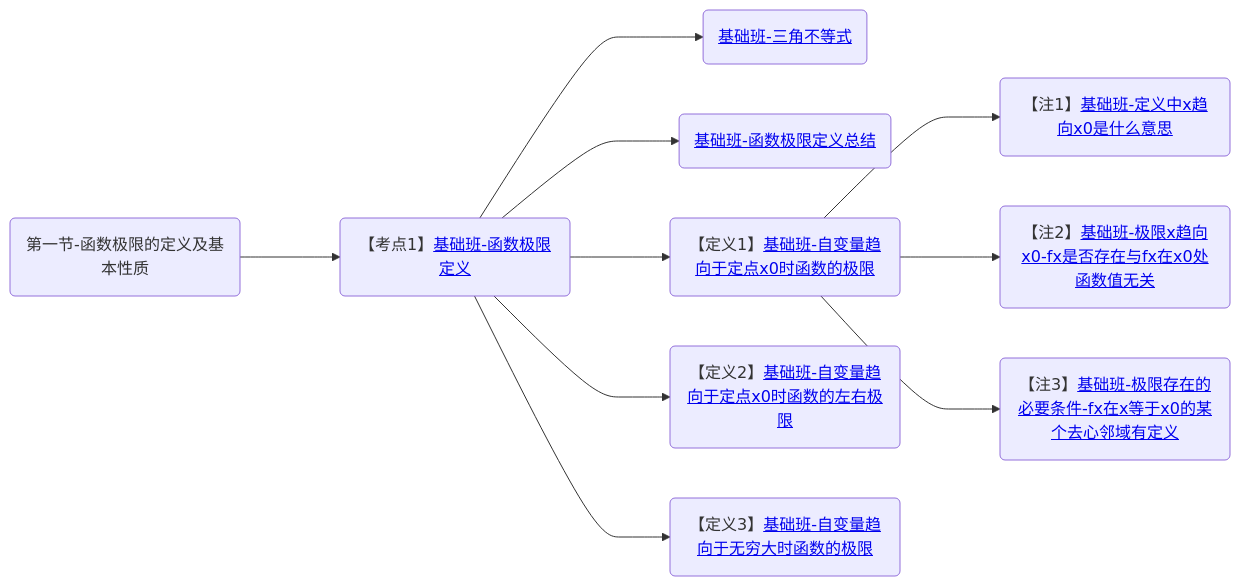
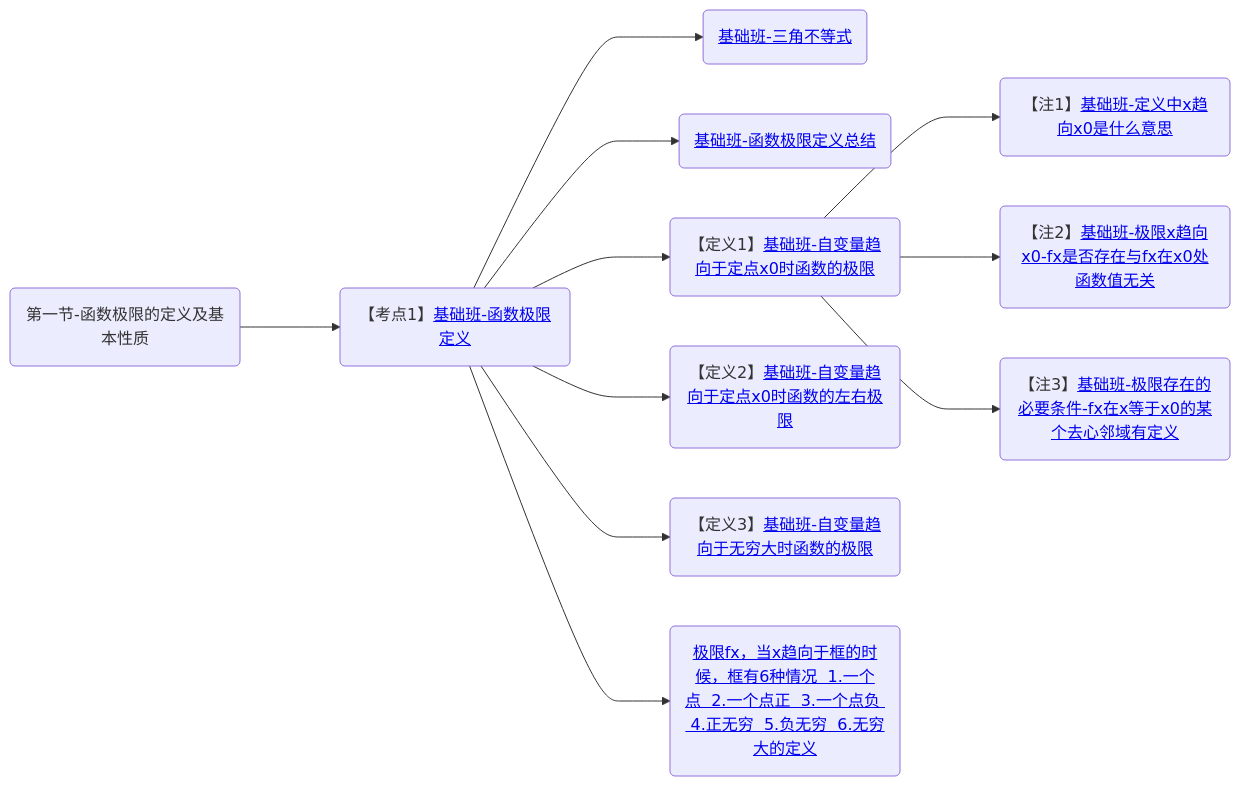
The diagram in 笔记/数学/周洋鑫/基础班/00.大纲.md (yuebinghui/note), drawn with Mermaid before and after one commit. The commit also changed 7 other files, not shown here.

````diff
--- a/笔记/数学/周洋鑫/基础班/00.大纲.md
+++ b/笔记/数学/周洋鑫/基础班/00.大纲.md
@@ -1,17 +1,19 @@
 ```mermaid
 graph LR
 第一节-函数极限的定义及基本性质(第一节-函数极限的定义及基本性质)
 
 第一节-函数极限的定义及基本性质--->基础班-函数极限定义(【考点1】<a href="/Users/yuebinghui/Documents/program/github/note/笔记/数学/周洋鑫/基础班/01.函数极限的定义与性质-1.md#基础班-函数极限定义">基础班-函数极限定义</>)
 基础班-函数极限定义--->基础班-三角不等式(<a href="/Users/yuebinghui/Documents/program/github/note/笔记/数学/周洋鑫/基础班/01.函数极限的定义与性质-1.md#基础班-三角不等式">基础班-三角不等式</>)
 基础班-函数极限定义--->基础班-函数极限定义总结(<a href="/Users/yuebinghui/Documents/program/github/note/笔记/数学/周洋鑫/基础班/01.函数极限的定义与性质-1.md#基础班-函数极限定义总结">基础班-函数极限定义总结</>)
 基础班-函数极限定义--->基础班-自变量趋向于定点x0时函数的极限(【定义1】<a href="/Users/yuebinghui/Documents/program/github/note/笔记/数学/周洋鑫/基础班/01.函数极限的定义与性质-1.md#基础班-自变量趋向于定点x0时函数的极限">基础班-自变量趋向于定点x0时函数的极限</>)
 基础班-自变量趋向于定点x0时函数的极限--->基础班-定义中x趋向x0是什么意思(【注1】<a href="/Users/yuebinghui/Documents/program/github/note/笔记/数学/周洋鑫/基础班/01.函数极限的定义与性质-1.md#基础班-定义中x趋向x0是什么意思">基础班-定义中x趋向x0是什么意思</>)
 基础班-自变量趋向于定点x0时函数的极限--->基础班-极限x趋向x0-fx是否存在与fx在x0处函数值无关(【注2】<a href="/Users/yuebinghui/Documents/program/github/note/笔记/数学/周洋鑫/基础班/01.函数极限的定义与性质-1.md#基础班-极限x趋向x0-fx是否存在与fx在x0处函数值无关">基础班-极限x趋向x0-fx是否存在与fx在x0处函数值无关</>)
 基础班-自变量趋向于定点x0时函数的极限--->基础班-极限存在的必要条件-fx在x等于x0的某个去心邻域有定义(【注3】<a href="/Users/yuebinghui/Documents/program/github/note/笔记/数学/周洋鑫/基础班/01.函数极限的定义与性质-1.md#基础班-极限存在的必要条件-fx在x等于x0的某个去心邻域有定义">基础班-极限存在的必要条件-fx在x等于x0的某个去心邻域有定义</>)
 
 基础班-函数极限定义--->基础班-自变量趋向于定点x0时函数的左右极限(【定义2】<a href="/Users/yuebinghui/Documents/program/github/note/笔记/数学/周洋鑫/基础班/01.函数极限的定义与性质-1.md#基础班-自变量趋向于定点x0时函数的左右极限">基础班-自变量趋向于定点x0时函数的左右极限</>)
 
 基础班-函数极限定义--->基础班-自变量趋向于无穷大时函数的极限(【定义3】<a href="/Users/yuebinghui/Documents/program/github/note/笔记/数学/周洋鑫/基础班/01.函数极限的定义与性质-1.md#基础班-自变量趋向于无穷大时函数的极限">基础班-自变量趋向于无穷大时函数的极限</>)
 
+基础班-函数极限定义--->基础班-极限fx-x趋向于框的时候框有6种情况1.一个点2.一个点正3.一个点负4.正无穷5.负无穷6.无穷大的定义(<a href="/Users/yuebinghui/Documents/program/github/note/笔记/数学/周洋鑫/基础班/01.函数极限的定义与性质-1.md#基础班-极限fx-x趋向于框的时候框有6种情况1.一个点2.一个点正3.一个点负4.正无穷5.负无穷6.无穷大的定义">极限fx，当x趋向于框的时候，框有6种情况  1.一个点  2.一个点正  3.一个点负  4.正无穷  5.负无穷  6.无穷大的定义</>)
+
 ```
````
